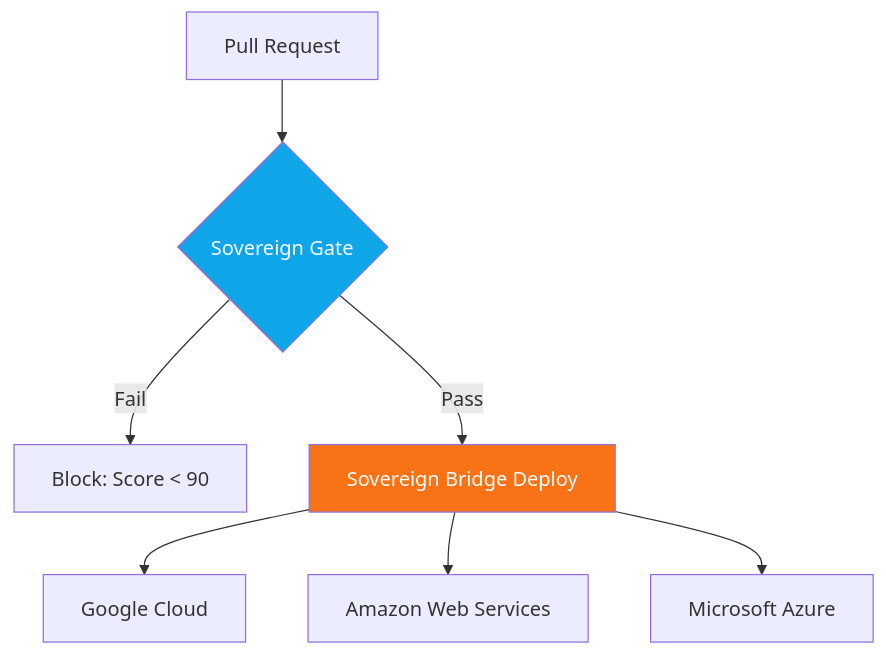
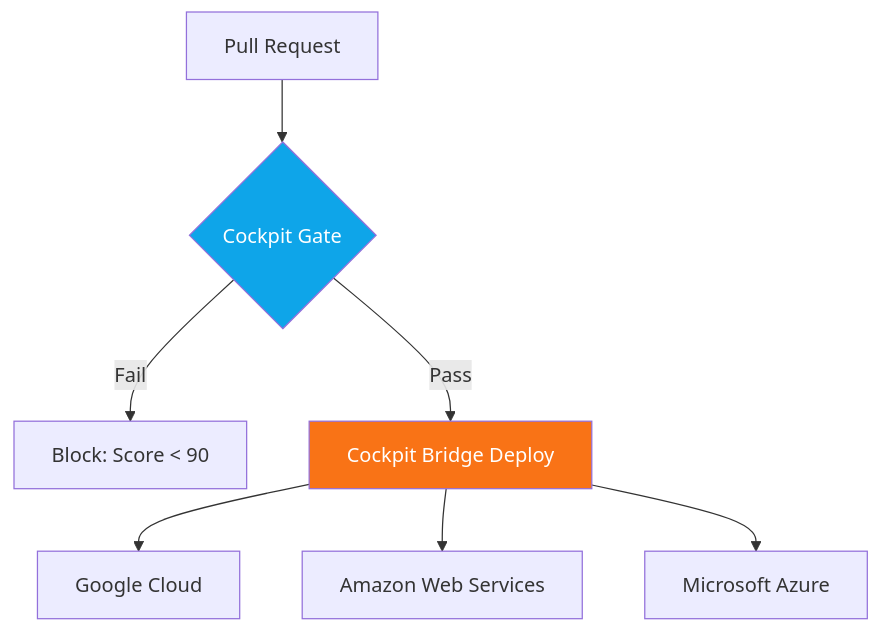
One commit to enriquekalven/agent-cockpit changed the diagram in public/TECHNICAL_INFRA_GUIDE.md. Above: the diagram before and after it, drawn with Mermaid. The commit also changed other lines of this file and 181 other files, not shown here.

````diff
--- a/public/TECHNICAL_INFRA_GUIDE.md
+++ b/public/TECHNICAL_INFRA_GUIDE.md
@@ -56,11 +56,11 @@
 ```mermaid
 graph TD
-    PR[Pull Request] --> SG{Sovereign Gate}
+    PR[Pull Request] --> SG{Cockpit Gate}
     SG -->|Fail| Dev[Block: Score < 90]
-    SG -->|Pass| Bridge[Sovereign Bridge Deploy]
+    SG -->|Pass| Bridge[Cockpit Bridge Deploy]
     Bridge --> GCP[Google Cloud]
     Bridge --> AWS[Amazon Web Services]
     Bridge --> AZ[Microsoft Azure]
     style SG fill:#0ea5e9,color:#fff
     style Bridge fill:#f97316,color:#fff
 ```
````
